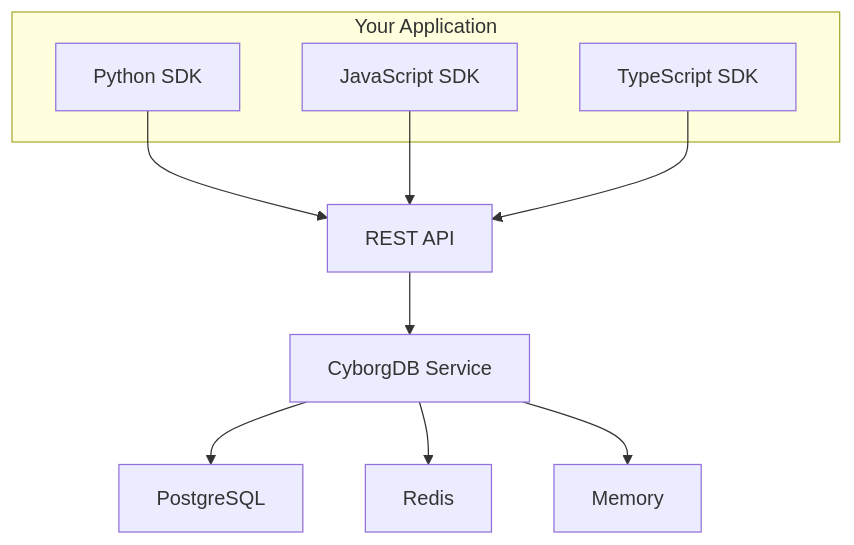
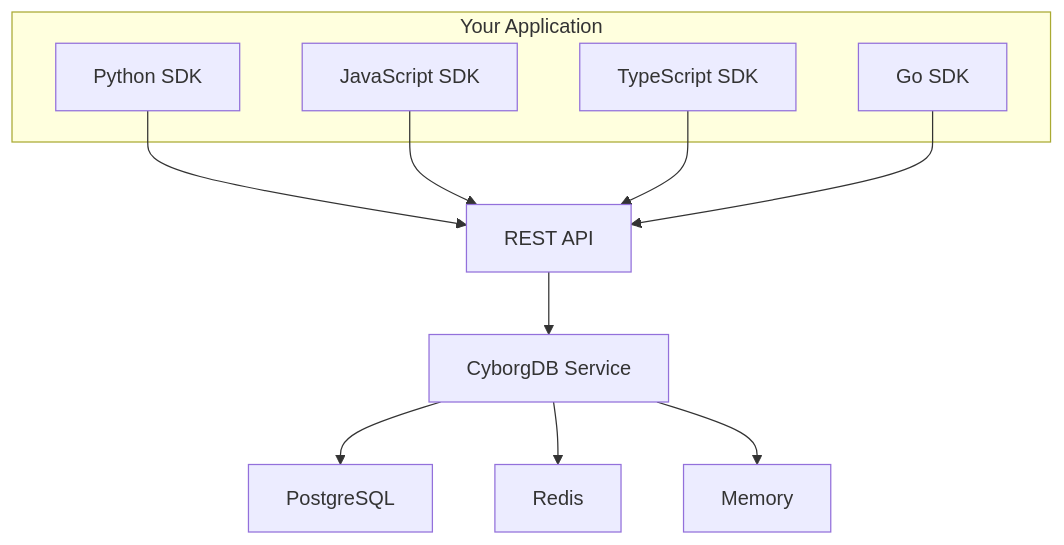
One commit to cyborginc/cyborgdb-docs changed the diagram in versions/v0.12.x/service/guides/intro/about.mdx. Above: the diagram before and after it, drawn with Mermaid. The commit also changed other lines of this file and 31 other files, not shown here.

````diff
--- a/versions/v0.12.x/service/guides/intro/about.mdx
+++ b/versions/v0.12.x/service/guides/intro/about.mdx
@@ -104,23 +110,25 @@
 ```mermaid
 flowchart TB
   subgraph Your_Applications [Your Application]
     PythonSDK["Python SDK"]
     JSSDK["JavaScript SDK"]
     TSSDK["TypeScript SDK"]
+    GoSDK["Go SDK"]
   end
 
   PythonSDK --> RESTAPI
   JSSDK --> RESTAPI
   TSSDK --> RESTAPI
+  GoSDK --> RESTAPI
 
   RESTAPI["REST API"]
   RESTAPI --> CyborgDB["CyborgDB Service"]
 
   CyborgDB --> PostgreSQL
   CyborgDB --> Redis
   CyborgDB --> Memory
 
   PostgreSQL["PostgreSQL"]
   Redis["Redis"]
   Memory["Memory"]
 ```
````
